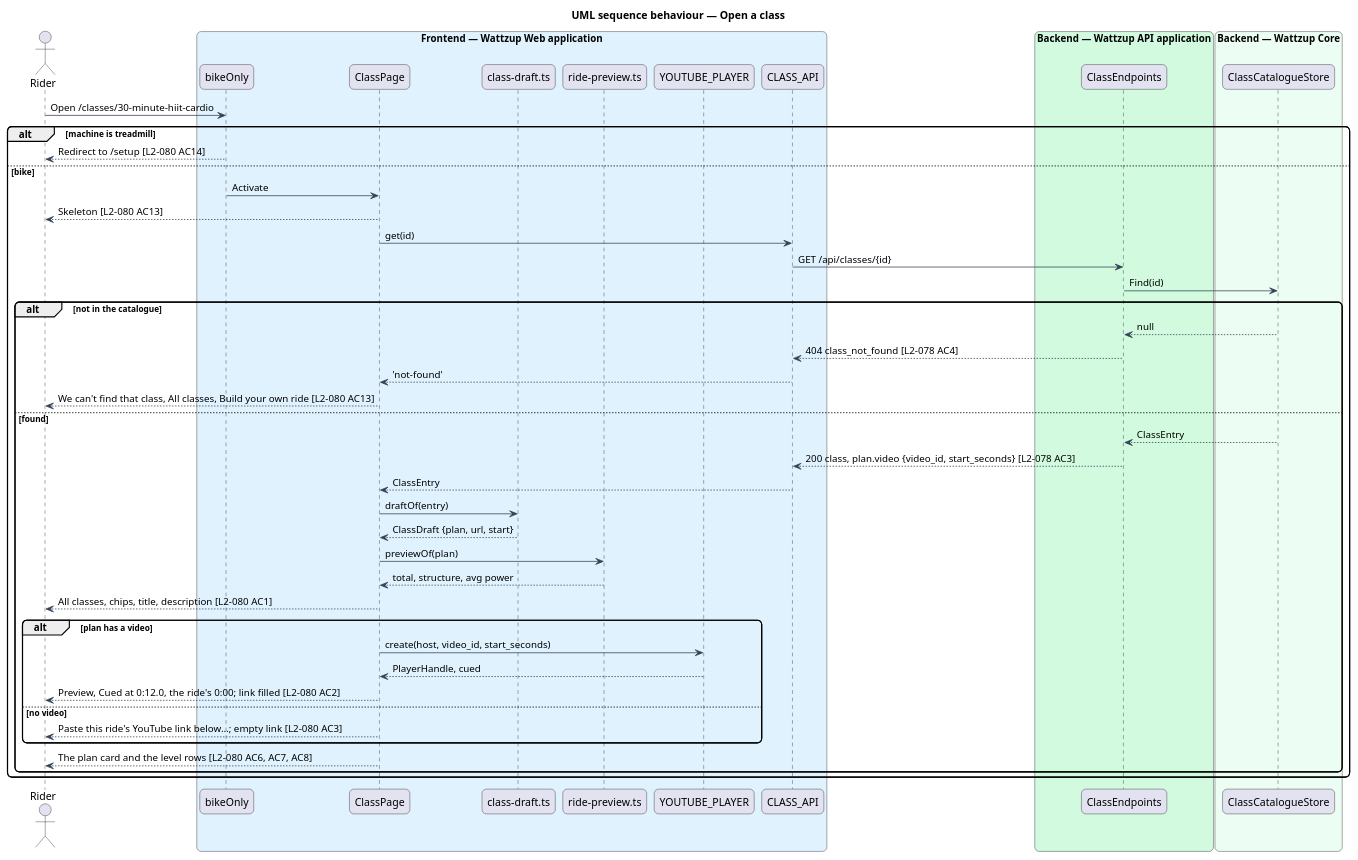
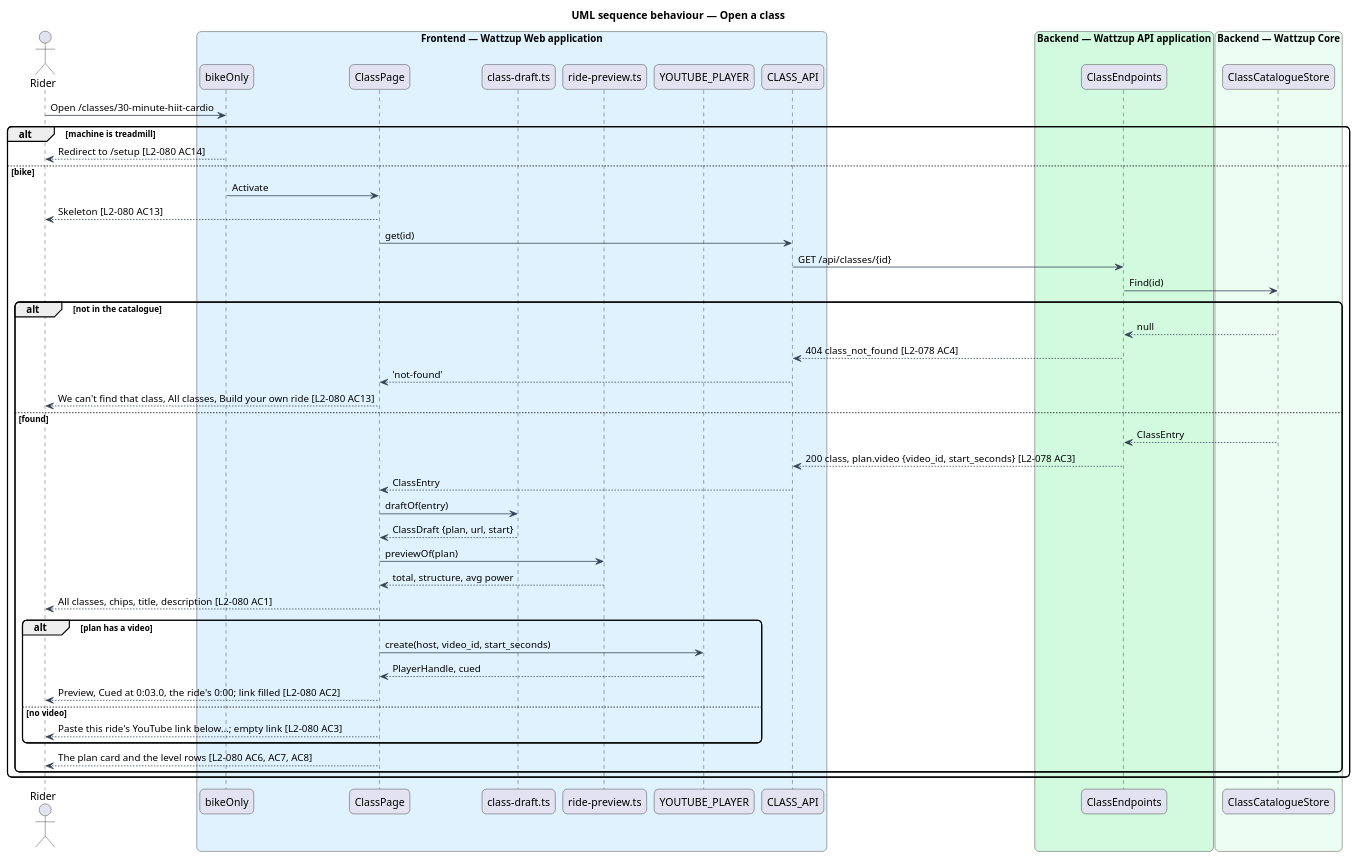
One commit to QuinntyneBrown/ride-one changed the diagram in docs/detailed-designs/classes/ride-a-class/diagrams/sequence-open-class.puml. Above: the diagram before and after it, drawn with PlantUML. The commit also changed 11 other files, not shown here.

```diff
--- a/docs/detailed-designs/classes/ride-a-class/diagrams/sequence-open-class.puml
+++ b/docs/detailed-designs/classes/ride-a-class/diagrams/sequence-open-class.puml
@@ -1,57 +1,57 @@
 @startuml
 title UML sequence behaviour — Open a class
 skinparam backgroundColor #FFFFFF
 skinparam shadowing false
 skinparam roundcorner 12
 skinparam defaultFontName Arial
 skinparam ArrowColor #344054
 actor "Rider" as rider
 box "Frontend — Wattzup Web application" #E0F2FE
   participant "bikeOnly" as guard
   participant "ClassPage" as page
   participant "class-draft.ts" as draft
   participant "ride-preview.ts" as preview
   participant "YOUTUBE_PLAYER" as player
   participant "CLASS_API" as client
 end box
 box "Backend — Wattzup API application" #D1FADF
   participant "ClassEndpoints" as ep
 end box
 box "Backend — Wattzup Core" #ECFDF3
   participant "ClassCatalogueStore" as store
 end box
 
 rider -> guard : Open /classes/30-minute-hiit-cardio
 alt machine is treadmill
   guard --> rider : Redirect to /setup [L2-080 AC14]
 else bike
   guard -> page : Activate
   page --> rider : Skeleton [L2-080 AC13]
   page -> client : get(id)
   client -> ep : GET /api/classes/{id}
   ep -> store : Find(id)
   alt not in the catalogue
     store --> ep : null
     ep --> client : 404 class_not_found [L2-078 AC4]
     client --> page : 'not-found'
     page --> rider : We can't find that class, All classes, Build your own ride [L2-080 AC13]
   else found
     store --> ep : ClassEntry
     ep --> client : 200 class, plan.video {video_id, start_seconds} [L2-078 AC3]
     client --> page : ClassEntry
     page -> draft : draftOf(entry)
     draft --> page : ClassDraft {plan, url, start}
     page -> preview : previewOf(plan)
     preview --> page : total, structure, avg power
     page --> rider : All classes, chips, title, description [L2-080 AC1]
     alt plan has a video
       page -> player : create(host, video_id, start_seconds)
       player --> page : PlayerHandle, cued
-      page --> rider : Preview, Cued at 0:12.0, the ride's 0:00; link filled [L2-080 AC2]
+      page --> rider : Preview, Cued at 0:03.0, the ride's 0:00; link filled [L2-080 AC2]
     else no video
       page --> rider : Paste this ride's YouTube link below…; empty link [L2-080 AC3]
     end
     page --> rider : The plan card and the level rows [L2-080 AC6, AC7, AC8]
   end
 end
 @enduml
```
